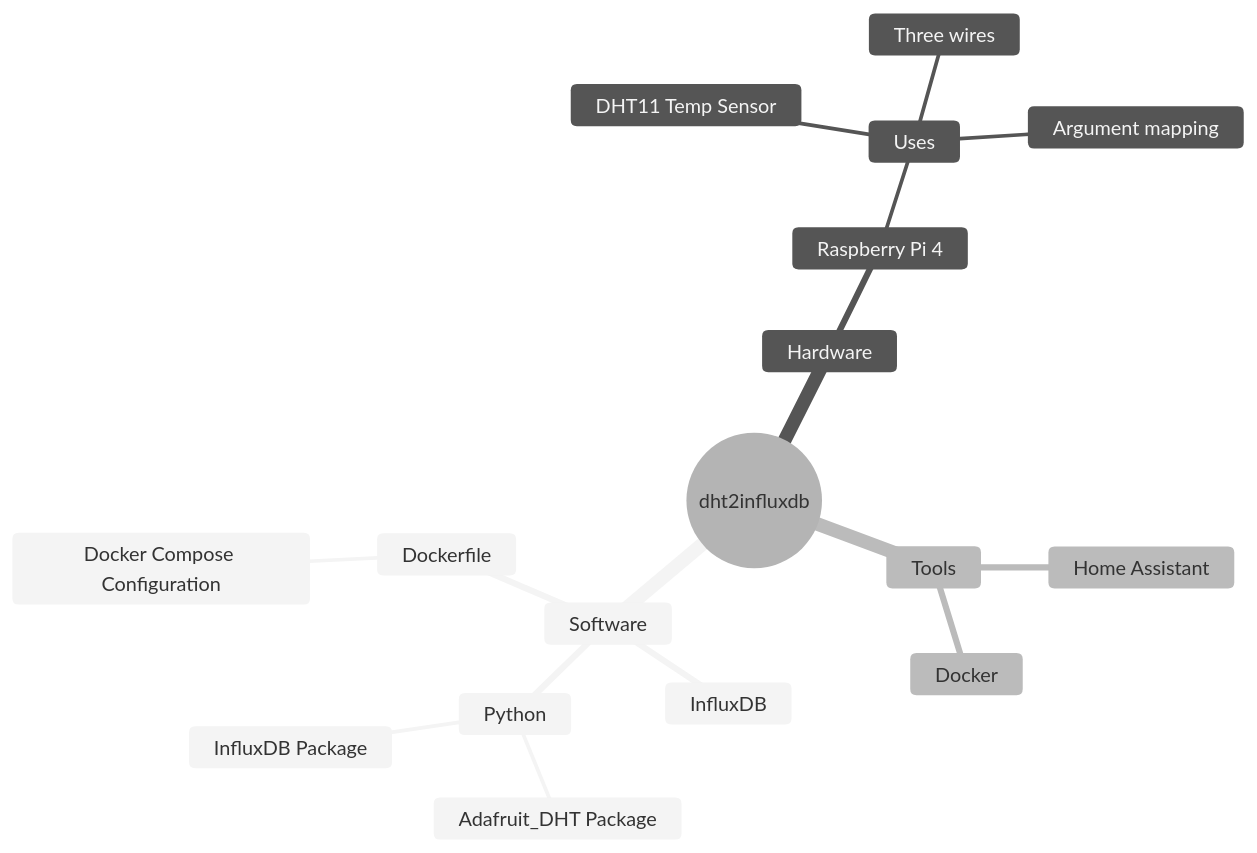
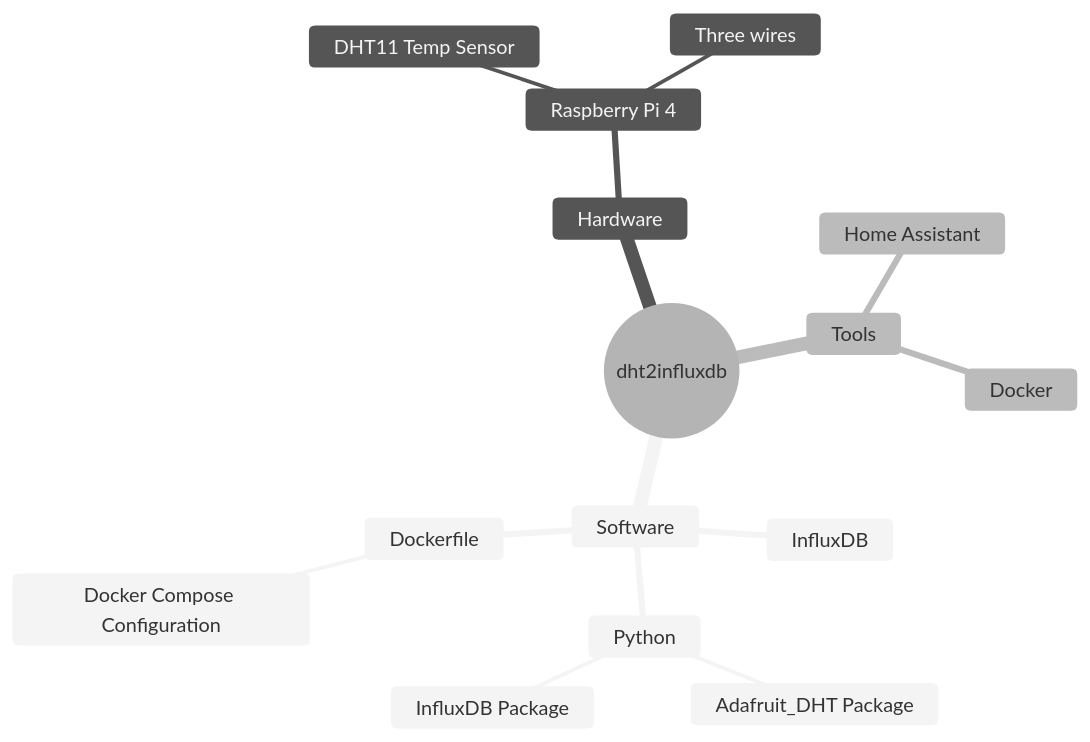
The diagram in _posts/2023-07-20-rpi-iot-dht11-influxdb.md (JAlcocerT/RPi), drawn with Mermaid (neutral theme) before and after one commit. The commit also changed other lines of this file, not shown here.

Commit message:
better mindmap

````diff
--- a/_posts/2023-07-20-rpi-iot-dht11-influxdb.md
+++ b/_posts/2023-07-20-rpi-iot-dht11-influxdb.md
@@ -38,21 +41,20 @@
 ```mermaid
 mindmap
   root((dht2influxdb))
     Software
       InfluxDB
-      ::icon(fa fa-book)
+      ::icon(fas fa-database)
       Python
         Adafruit_DHT Package
         InfluxDB Package
       Dockerfile
         Docker Compose Configuration
     Hardware
       Raspberry Pi 4
-        Uses
-            DHT11 Temp Sensor
-            Three wires
-            Argument mapping
+        DHT11 Temp Sensor
+        ::icon(fas fa-thermometer-three-quarters)
+        Three wires
     Tools
       Home Assistant
       Docker
 ```
````
